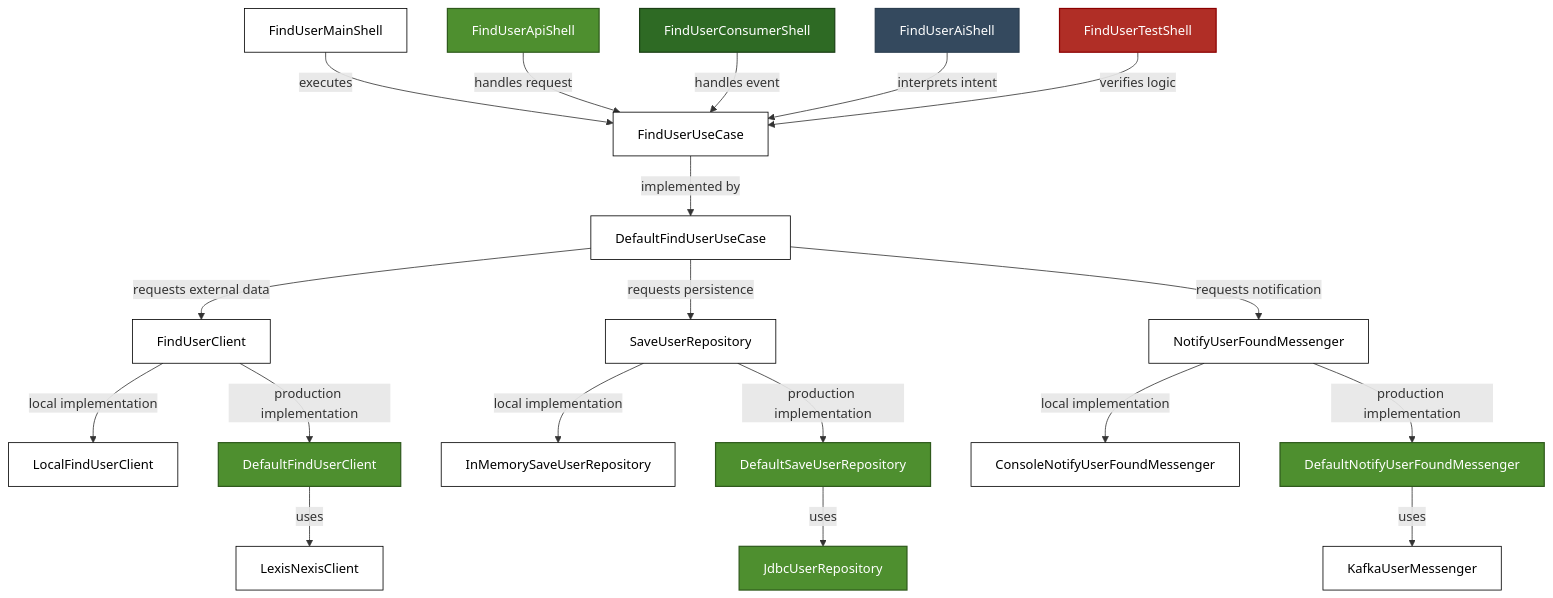
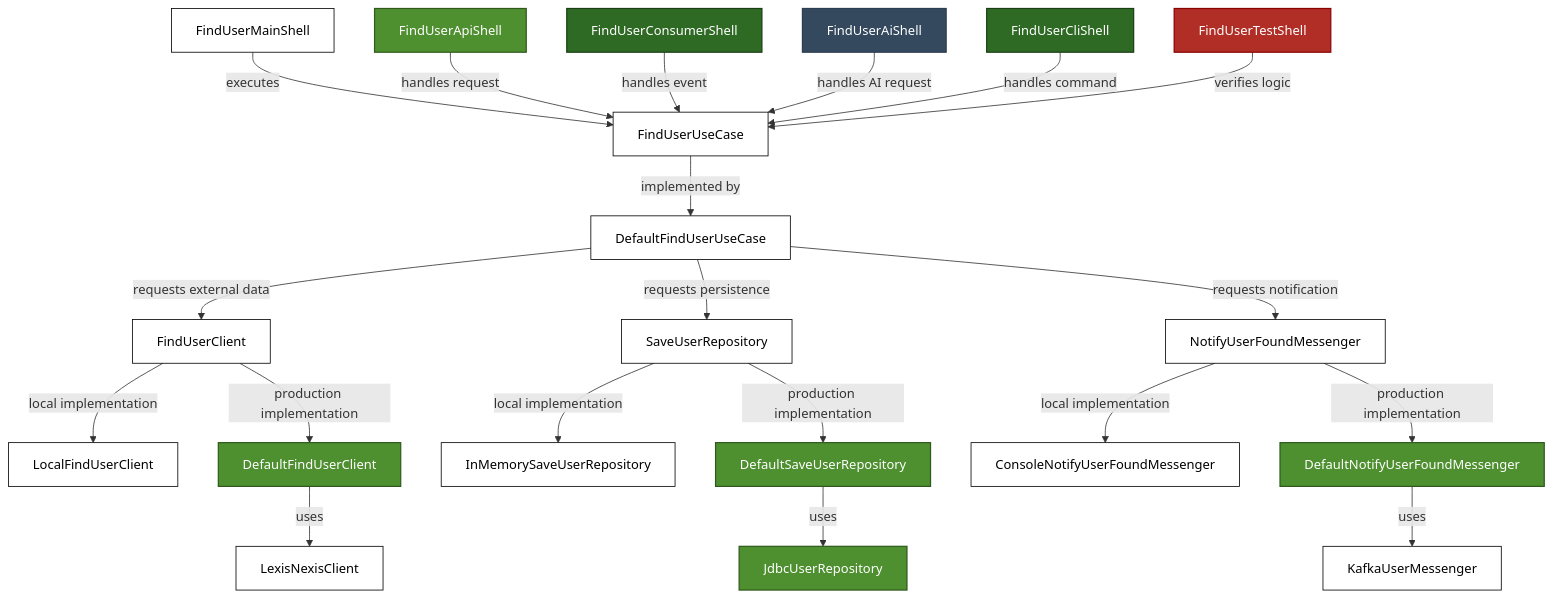
The diagram in README.md (hermi-projects/hermi), drawn with Mermaid before and after one commit.

Commit message:
docs: update architecture diagram to include FindUserCliShell and update consumer class mapping

````diff
--- a/README.md
+++ b/README.md
@@ -627,59 +627,62 @@
 ```mermaid
 graph TD
     %% Main Shell
     S_Main[FindUserMainShell] -->|executes| U_UseCase
 
     %% API Shell
     S_Api[FindUserApiShell] -->|handles request| U_UseCase
 
     %% Consumer Shell
     S_Consumer[FindUserConsumerShell] -->|handles event| U_UseCase
 
-    %% AI Shell (New Entry Point)
-    S_Ai[FindUserAiShell] -->|interprets intent| U_UseCase
+    %% AI Shell
+    S_Ai[FindUserAiShell] -->|handles AI request| U_UseCase
+
+    %% CLI Shell
+    S_Cli[FindUserCliShell] -->|handles command| U_UseCase
 
     %% JUnit Shell
     S_JUnit[FindUserTestShell] -->|verifies logic| U_UseCase
     
     %% Use Case Interface -> Default Implementation
     U_UseCase[FindUserUseCase] -->|implemented by| U_Default[DefaultFindUserUseCase]
     
     %% Default Implementation -> Contracts
     U_Default -->|requests external data| U_Client[FindUserClient]
     U_Default -->|requests persistence| U_Repo[SaveUserRepository]
     U_Default -->|requests notification| U_Messenger[NotifyUserFoundMessenger]
 
     %% Local Implementations
     U_Client -->|local implementation| A_LocalClient[LocalFindUserClient]
     U_Repo -->|local implementation| A_LocalRepo[InMemorySaveUserRepository]
     U_Messenger -->|local implementation| A_LocalMessenger[ConsoleNotifyUserFoundMessenger]
 
     %% Production Implementations (Updated)
     U_Client -->|production implementation| A_ProdClient[DefaultFindUserClient]
     A_ProdClient -->|uses| A_ProdClientImpl[LexisNexisClient]
 
     U_Repo -->|production implementation| A_ProdRepo[DefaultSaveUserRepository]
     A_ProdRepo -->|uses| A_ProdRepoImpl[JdbcUserRepository]
 
     U_Messenger -->|production implementation| A_ProdMessenger[DefaultNotifyUserFoundMessenger]
     A_ProdMessenger -->|uses| A_ProdMessengerImpl[KafkaUserMessenger]
 
     %% Styling
     classDef local fill:#FFFFFF,color:#000000,stroke:#000000,stroke-width:1px
     classDef api fill:#4E8F2F,color:#FFFFFF,stroke:#2F5A1C,stroke-width:1.5px
     classDef consumer fill:#2E6A24,color:#FFFFFF,stroke:#1B3F15,stroke-width:1.5px
     classDef ai fill:#34495E,color:#FFFFFF,stroke:#2C3E50,stroke-width:1.5px
     classDef test fill:#B02E26,color:#FFFFFF,stroke:#8B0000,stroke-width:1.5px
     classDef core fill:#FFFFFF,color:#000000,stroke:#000000,stroke-width:1px
 
     %% Assign classes
     class S_Main,A_LocalClient,A_LocalRepo,A_LocalMessenger local
     class S_Api api
-    class S_Consumer consumer
+    class S_Consumer,S_Cli consumer
     class S_Ai ai
     class S_JUnit test
     class U_UseCase,U_Default,U_Client,U_Repo,U_Messenger core
     class A_ProdClient,A_ProdRepo,A_ProdMessenger api
     class A_ProdClientImpl,A_ProdMessengerImpl core
     class A_ProdRepoImpl api
 ```
````
